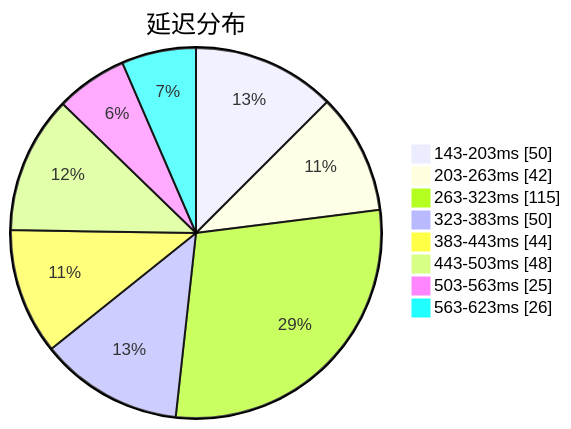
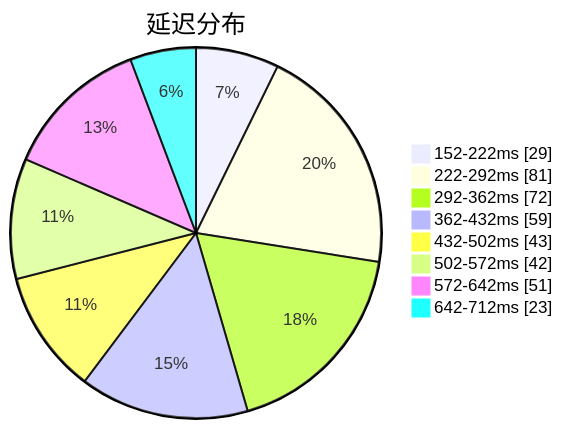
Before and after one commit to qjlxg/airport: the first of 3 diagrams in subs/statistics/tested_within.md, drawn with Mermaid. The commit also changed other lines of this file and 2 other files, not shown here.

Commit message:
Tested by metaST

````diff
--- a/subs/statistics/tested_within.md
+++ b/subs/statistics/tested_within.md
@@ -2,12 +2,12 @@
 ```mermaid
 pie showData
 title 延迟分布
-"143-203ms" : 50
-"203-263ms" : 42
-"263-323ms" : 115
-"323-383ms" : 50
-"383-443ms" : 44
-"443-503ms" : 48
-"503-563ms" : 25
-"563-623ms" : 26
+"152-222ms" : 29
+"222-292ms" : 81
+"292-362ms" : 72
+"362-432ms" : 59
+"432-502ms" : 43
+"502-572ms" : 42
+"572-642ms" : 51
+"642-712ms" : 23
 ```
````
